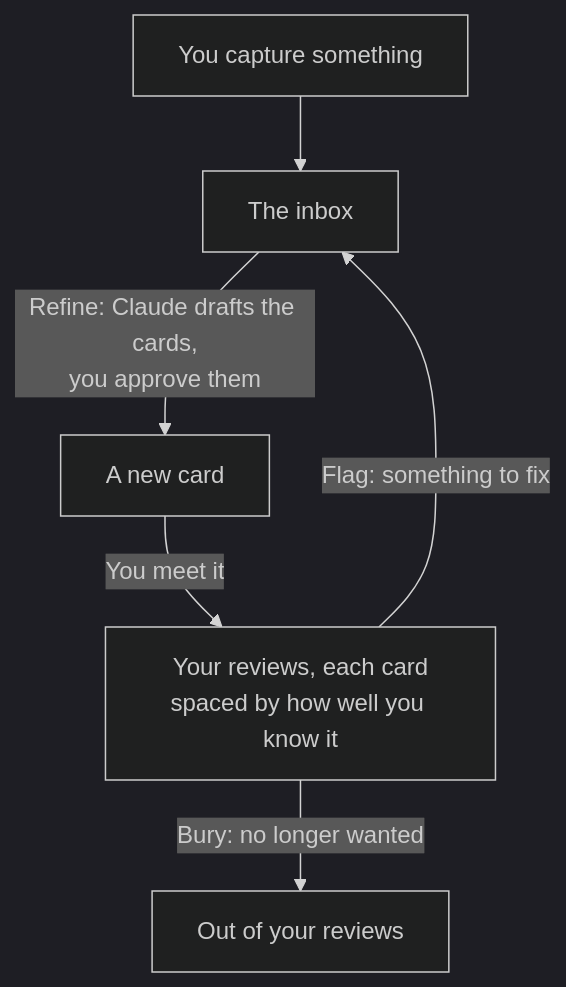
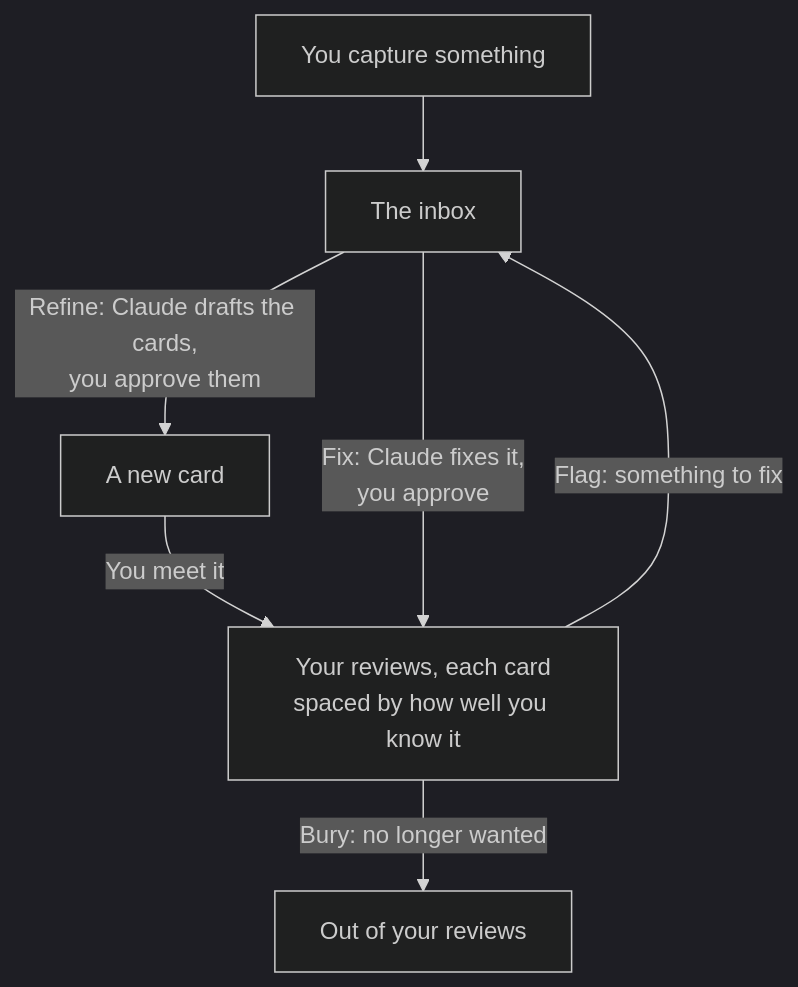
Before and after one commit to lucastkacz/ficha: the second of 2 diagrams in README.md, drawn with Mermaid (dark theme). The commit also changed other lines of this file and 1 other file, not shown here.

First line of the commit message:
The README's flowchart brings fixed cards back to reviews

````diff
--- a/README.md
+++ b/README.md
@@ -49,8 +49,9 @@
 ```mermaid
 flowchart TD
     capture["You capture something"] --> inbox["The inbox"]
     inbox -- "Refine: Claude drafts the cards,<br/>you approve them" --> new["A new card"]
     new -- "You meet it" --> reviews["Your reviews, each card<br/>spaced by how well you know it"]
     reviews -- "Flag: something to fix" --> inbox
+    inbox -- "Fix: Claude fixes it,<br/>you approve" --> reviews
     reviews -- "Bury: no longer wanted" --> buried["Out of your reviews"]
 ```
````
